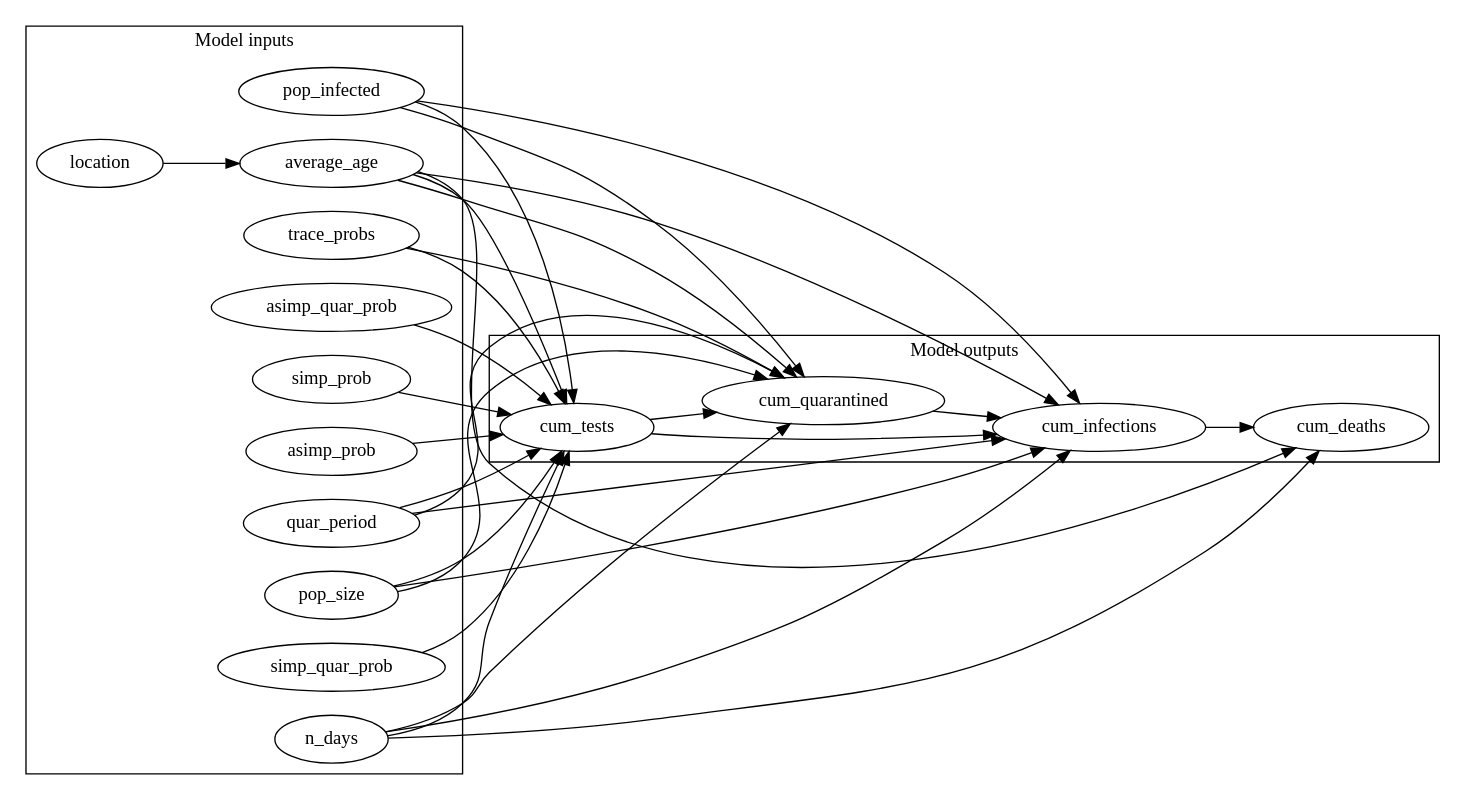
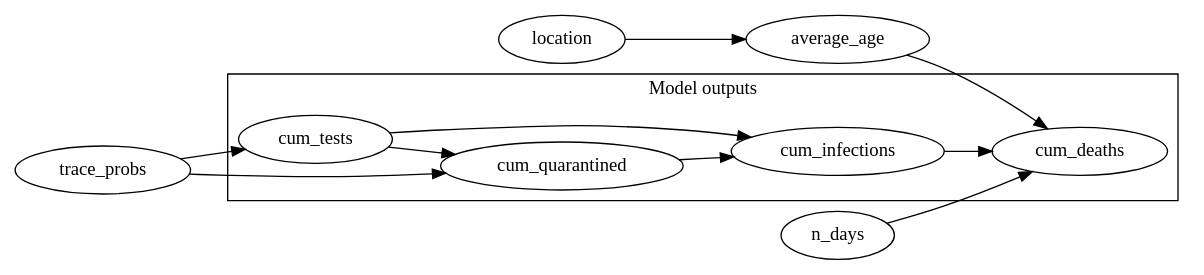
One commit to CITCOM-project/causcumber changed the diagram in scenarios/abstract/dags/compare_interventions_basic.dot. Above: the diagram before and after it, drawn with Graphviz. The commit also changed 5 other files, not shown here.

```diff
--- a/scenarios/abstract/dags/compare_interventions_basic.dot
+++ b/scenarios/abstract/dags/compare_interventions_basic.dot
@@ -1,54 +1,24 @@
 digraph "" {
 	graph [newrank=True,
 		rankdir=LR
 	];
-	subgraph cluster_inputs {
-		graph [label="Model inputs"];
-		n_days;
-		quar_period;
-		pop_size;
-		pop_infected;
-		location;
-		average_age;
-		simp_prob;
-		asimp_prob;
-		simp_quar_prob;
-		asimp_quar_prob;
-		trace_probs;
-	}
 	subgraph cluster_outputs {
 		graph [label="Model outputs"];
 		cum_tests;
 		cum_quarantined;
 		cum_infections;
 		cum_deaths;
 	}
-	n_days -> cum_tests;
-	n_days -> cum_quarantined;
-	n_days -> cum_infections;
-	n_days -> cum_deaths;
-	quar_period -> cum_tests;
-	quar_period -> cum_quarantined;
-	quar_period -> cum_infections;
-	pop_size -> cum_tests;
-	pop_size -> cum_quarantined;
-	pop_size -> cum_infections;
-	pop_infected -> cum_tests;
-	pop_infected -> cum_quarantined;
-	pop_infected -> cum_infections;
-	location -> average_age;
-	average_age -> cum_tests;
-	average_age -> cum_quarantined;
-	average_age -> cum_infections;
-	average_age -> cum_deaths;
-	simp_prob -> cum_tests;
-	asimp_prob -> cum_tests;
-	simp_quar_prob -> cum_tests;
-	asimp_quar_prob -> cum_tests;
-	trace_probs -> cum_tests;
-	trace_probs -> cum_quarantined;
+	subgraph cluster_inputs {
+		graph [label="Model inputs"];
+	}
 	cum_tests -> cum_quarantined;
 	cum_tests -> cum_infections;
 	cum_quarantined -> cum_infections;
 	cum_infections -> cum_deaths;
+	average_age -> cum_deaths;
+	trace_probs -> cum_tests;
+	trace_probs -> cum_quarantined;
+	n_days -> cum_deaths;
+	location -> average_age;
 }
```
